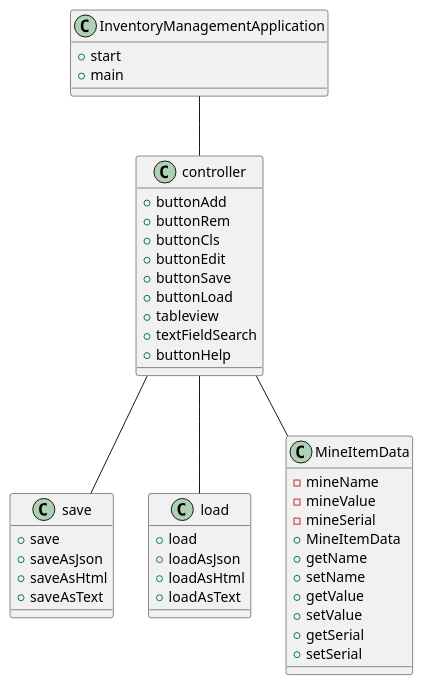
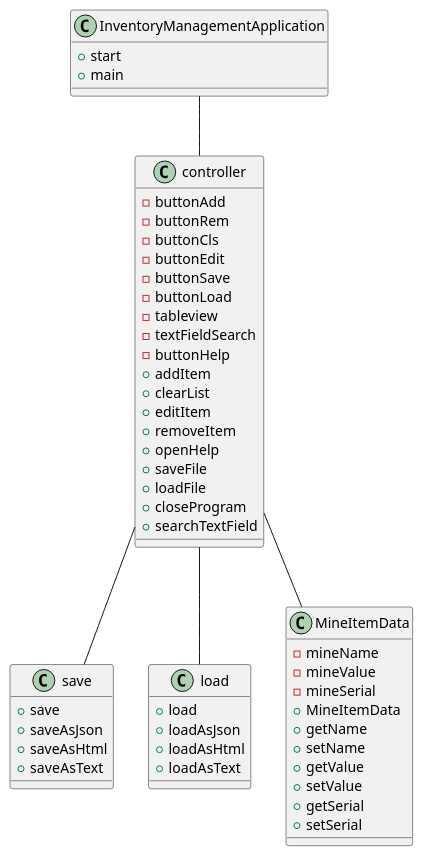
One commit to Trump7/trump-app2 changed the diagram in TrumpApp2/docs/InventoryApplication.puml. Above: the diagram before and after it, drawn with PlantUML. The commit also changed 2 other files, not shown here.

```diff
--- a/TrumpApp2/docs/InventoryApplication.puml
+++ b/TrumpApp2/docs/InventoryApplication.puml
@@ -1,53 +1,62 @@
 @startuml
 class controller{
-    +buttonAdd
-    +buttonRem
-    +buttonCls
-    +buttonEdit
-    +buttonSave
-    +buttonLoad
-    +tableview
-    +textFieldSearch
-    +buttonHelp
+    -buttonAdd
+    -buttonRem
+    -buttonCls
+    -buttonEdit
+    -buttonSave
+    -buttonLoad
+    -tableview
+    -textFieldSearch
+    -buttonHelp
+    +addItem
+    +clearList
+    +editItem
+    +removeItem
+    +openHelp
+    +saveFile
+    +loadFile
+    +closeProgram
+    +searchTextField
 }
 
 class save{
     +save
     +saveAsJson
     +saveAsHtml
     +saveAsText
 }
 
 class load{
     +load
     +loadAsJson
     +loadAsHtml
     +loadAsText
 }
 
 class InventoryManagementApplication{
     +start
     +main
 }
 
 class MineItemData{
     -mineName
     -mineValue
     -mineSerial
     +MineItemData
     +getName
     +setName
     +getValue
     +setValue
     +getSerial
     +setSerial
 }
 
 InventoryManagementApplication -- controller
 controller -- MineItemData
 controller -- save
 controller -- load
 
 
 
 @enduml
```
